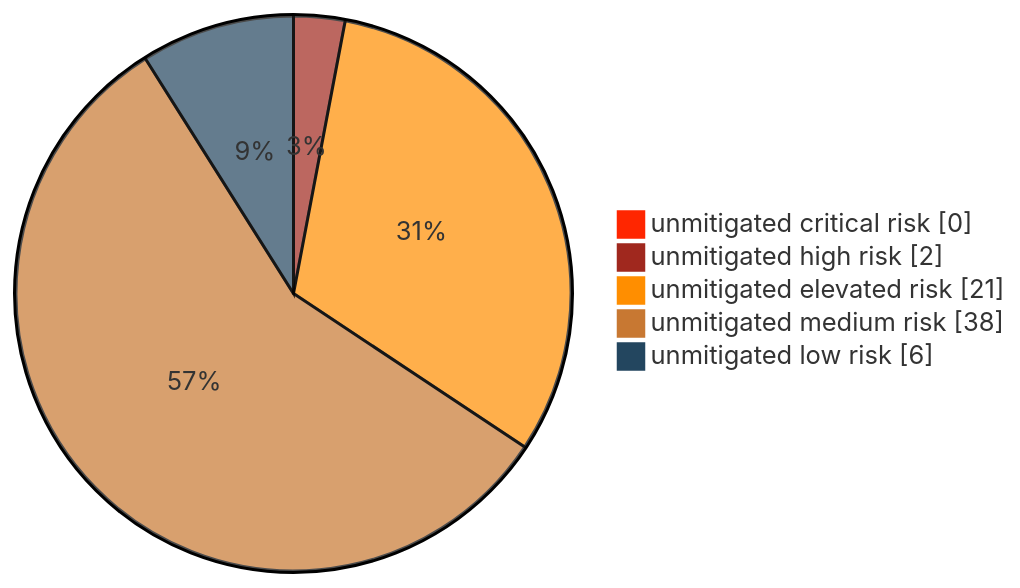
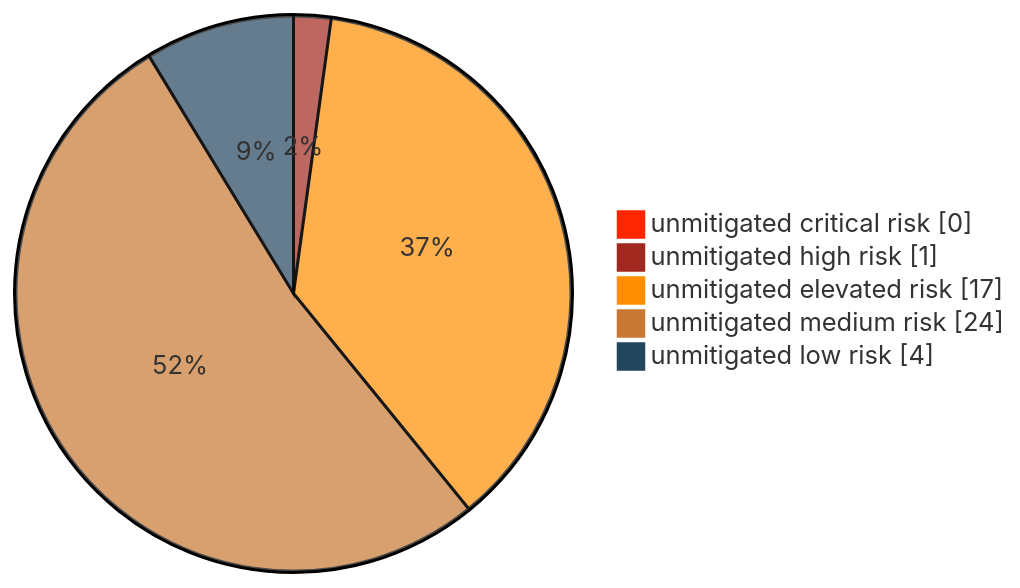
The first of 2 diagrams in threagile/output/stride/adocReport/030_RiskMitigationStatus.adoc (Luv1881/Threat-model), drawn with Mermaid before and after one commit. The commit also changed other lines of this file and 65 other files, not shown here.

```diff
--- a/threagile/output/stride/adocReport/030_RiskMitigationStatus.adoc
+++ b/threagile/output/stride/adocReport/030_RiskMitigationStatus.adoc
@@ -75,10 +75,10 @@
 [mermaid]
 ....
 %%{init: {'pie' : {'textPosition' : 0.5}, 'theme': 'base', 'themeVariables': { 'pie1': '#FF2600', 'pie2': '#A0281E', 'pie3': '#FF8E00', 'pie4': '#C87832', 'pie5': '#23465F'}}}%%
 pie showData
   "unmitigated critical risk" : 0
-  "unmitigated high risk" : 2
-  "unmitigated elevated risk" : 21
-  "unmitigated medium risk" : 38
-  "unmitigated low risk" : 6
+  "unmitigated high risk" : 1
+  "unmitigated elevated risk" : 17
+  "unmitigated medium risk" : 24
+  "unmitigated low risk" : 4
 ....
```
